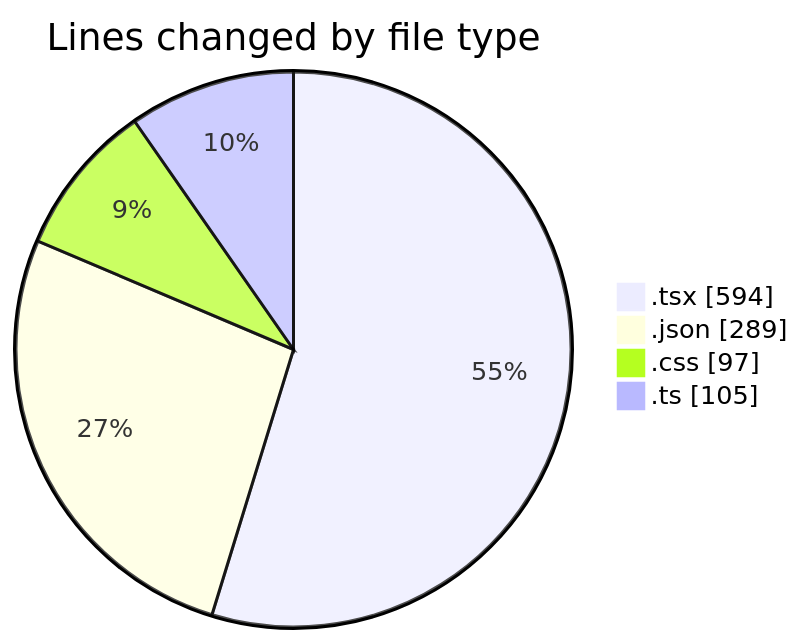
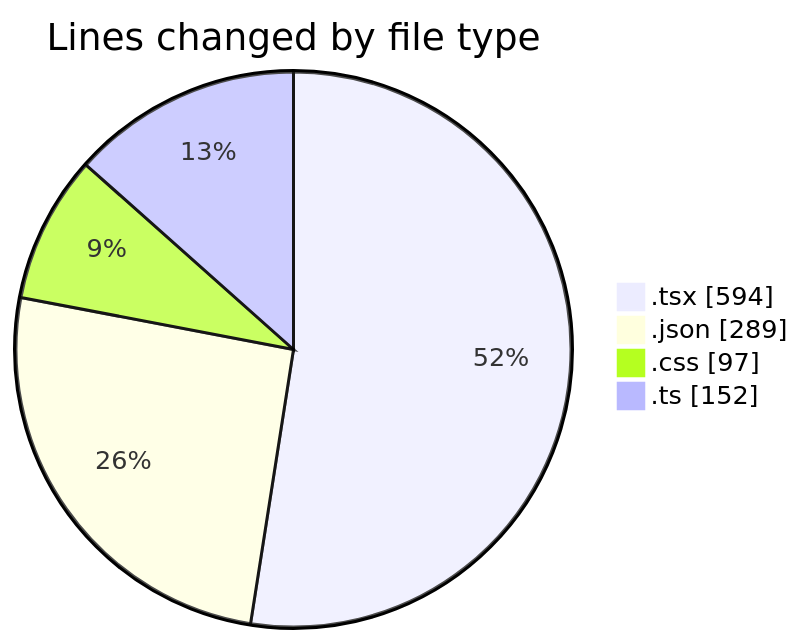
One commit to Elitesun/code-tracking changed the first of 2 diagrams in 2025-05-04/niten/README.md. Above: the diagram before and after it, drawn with Mermaid. The commit also changed other lines of this file and 1 other file, not shown here.

````diff
--- a/2025-05-04/niten/README.md
+++ b/2025-05-04/niten/README.md
@@ -35,8 +36,8 @@
 ```mermaid
 pie showData
 title Lines changed by file type
 ".tsx" : 594
 ".json" : 289
 ".css" : 97
-".ts" : 105
+".ts" : 152
 ```
````
